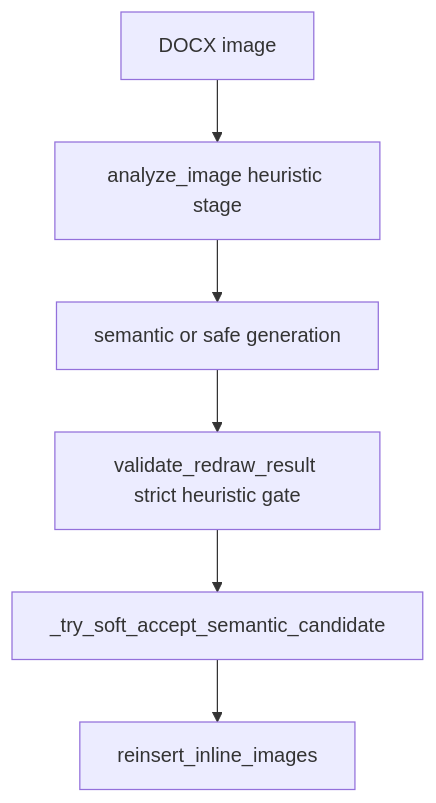
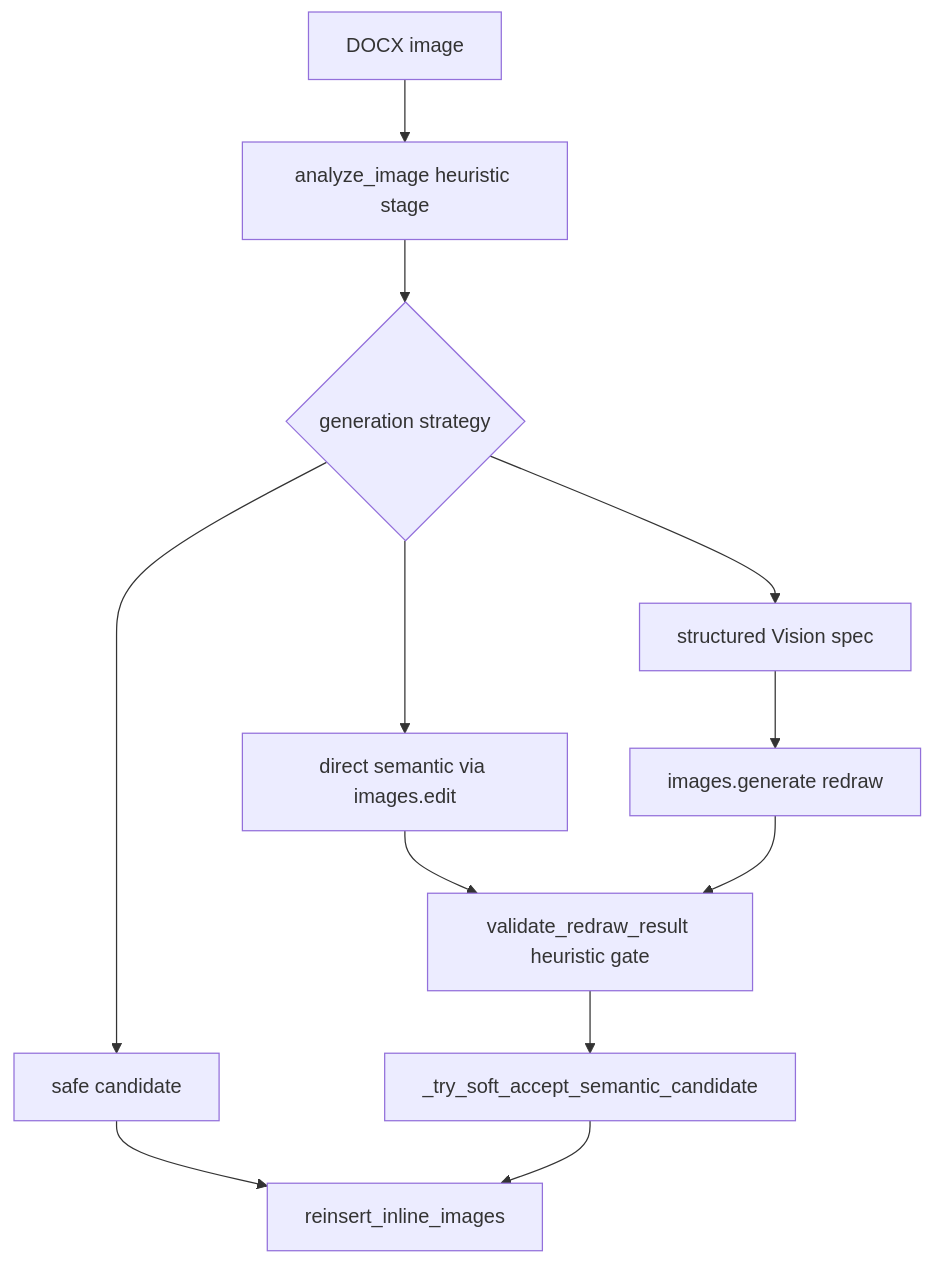
The diagram in docs/CODE_REVIEW_REPORT.md (slawa19/DocxAICorrector), drawn with Mermaid before and after one commit. The commit also changed other lines of this file and 23 other files, not shown here.

````diff
--- a/docs/CODE_REVIEW_REPORT.md
+++ b/docs/CODE_REVIEW_REPORT.md
@@ -352,8 +395,14 @@
 ```mermaid
 flowchart TD
     A[DOCX image] --> B[analyze_image heuristic stage]
-    B --> C[semantic or safe generation]
-    C --> D[validate_redraw_result strict heuristic gate]
-    D --> E[_try_soft_accept_semantic_candidate]
-    E --> F[reinsert_inline_images]
+    B --> C{generation strategy}
+    C --> D[safe candidate]
+    C --> E[direct semantic via images.edit]
+    C --> F[structured Vision spec]
+    F --> G[images.generate redraw]
+    E --> H[validate_redraw_result heuristic gate]
+    G --> H
+    D --> I[reinsert_inline_images]
+    H --> J[_try_soft_accept_semantic_candidate]
+    J --> I
 ```
````
